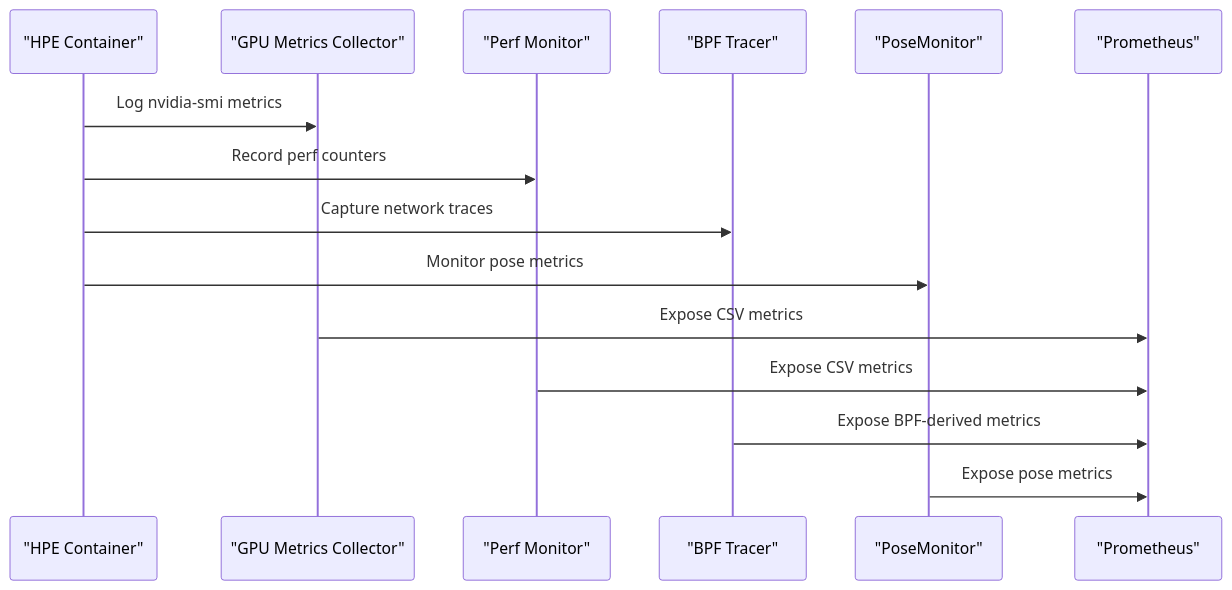
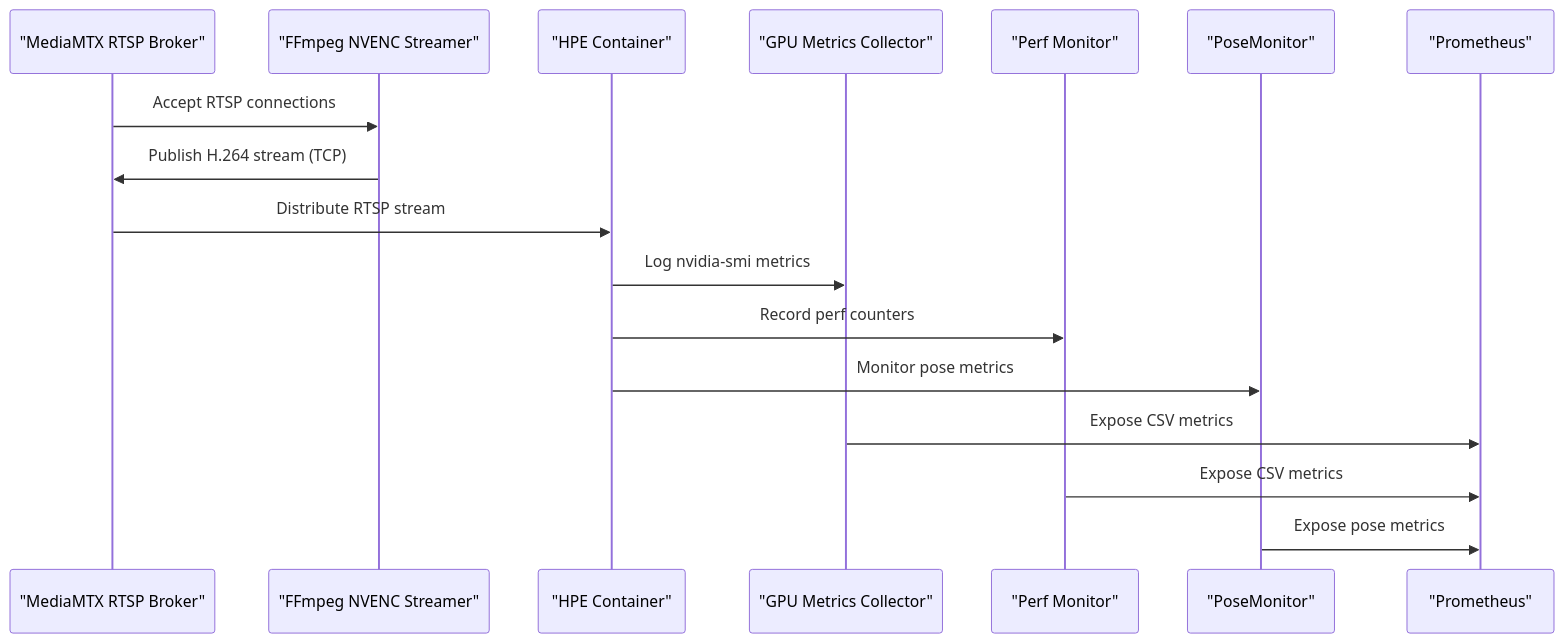
One commit to Fogus-Gr/MeasurementsDTs changed the fourth of 5 diagrams in .qoder/repowiki/en/content/Deployment Infrastructure/Monitoring and Observability Stack.md. Above: the diagram before and after it, drawn with Mermaid. The commit also changed other lines of this file and 12 other files, not shown here.

````diff
--- a/.qoder/repowiki/en/content/Deployment Infrastructure/Monitoring and Observability Stack.md
+++ b/.qoder/repowiki/en/content/Deployment Infrastructure/Monitoring and Observability Stack.md
@@ -245,17 +250,19 @@
 ```mermaid
 sequenceDiagram
+participant MTX as "MediaMTX RTSP Broker"
+participant STREAMER as "FFmpeg NVENC Streamer"
 participant HPE as "HPE Container"
 participant GPU as "GPU Metrics Collector"
 participant PERF as "Perf Monitor"
-participant BPF as "BPF Tracer"
 participant POSE as "PoseMonitor"
 participant PROM as "Prometheus"
+MTX->>STREAMER : Accept RTSP connections
+STREAMER->>MTX : Publish H.264 stream (TCP)
+MTX->>HPE : Distribute RTSP stream
 HPE->>GPU : Log nvidia-smi metrics
 HPE->>PERF : Record perf counters
-HPE->>BPF : Capture network traces
 HPE->>POSE : Monitor pose metrics
 GPU->>PROM : Expose CSV metrics
 PERF->>PROM : Expose CSV metrics
-BPF->>PROM : Expose BPF-derived metrics
 POSE->>PROM : Expose pose metrics
 ```
````
